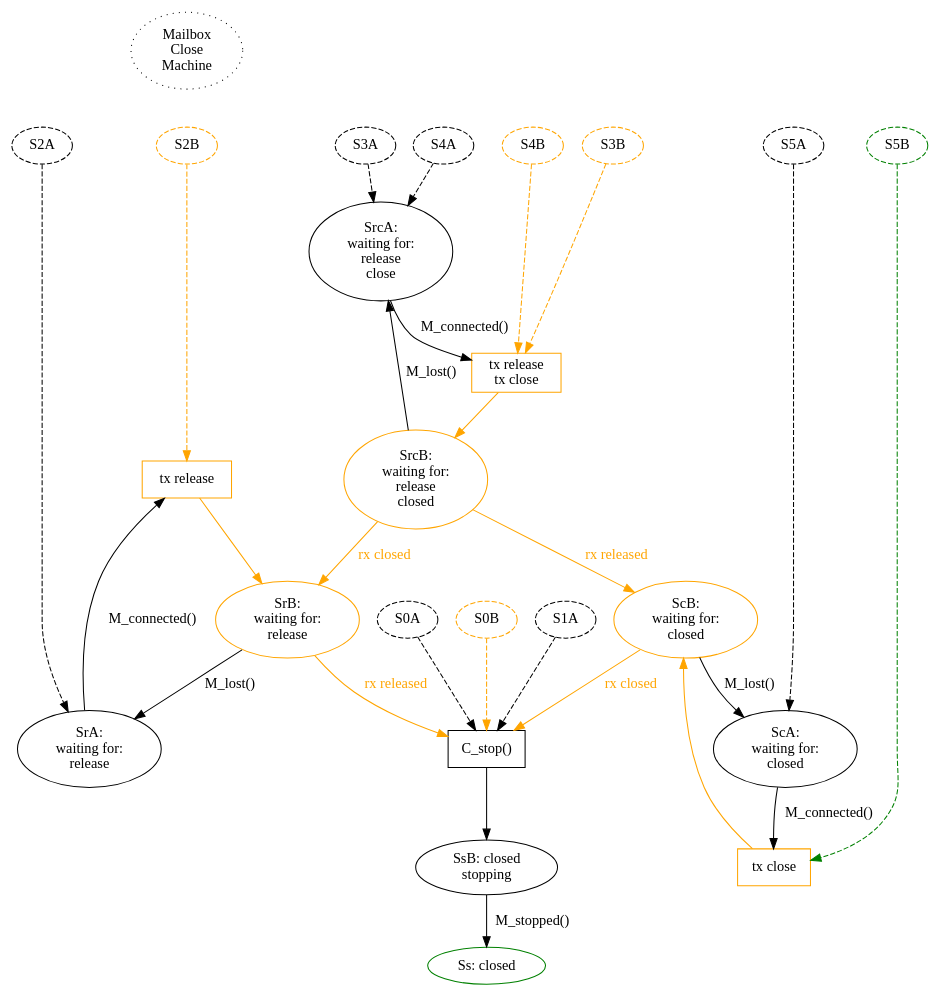
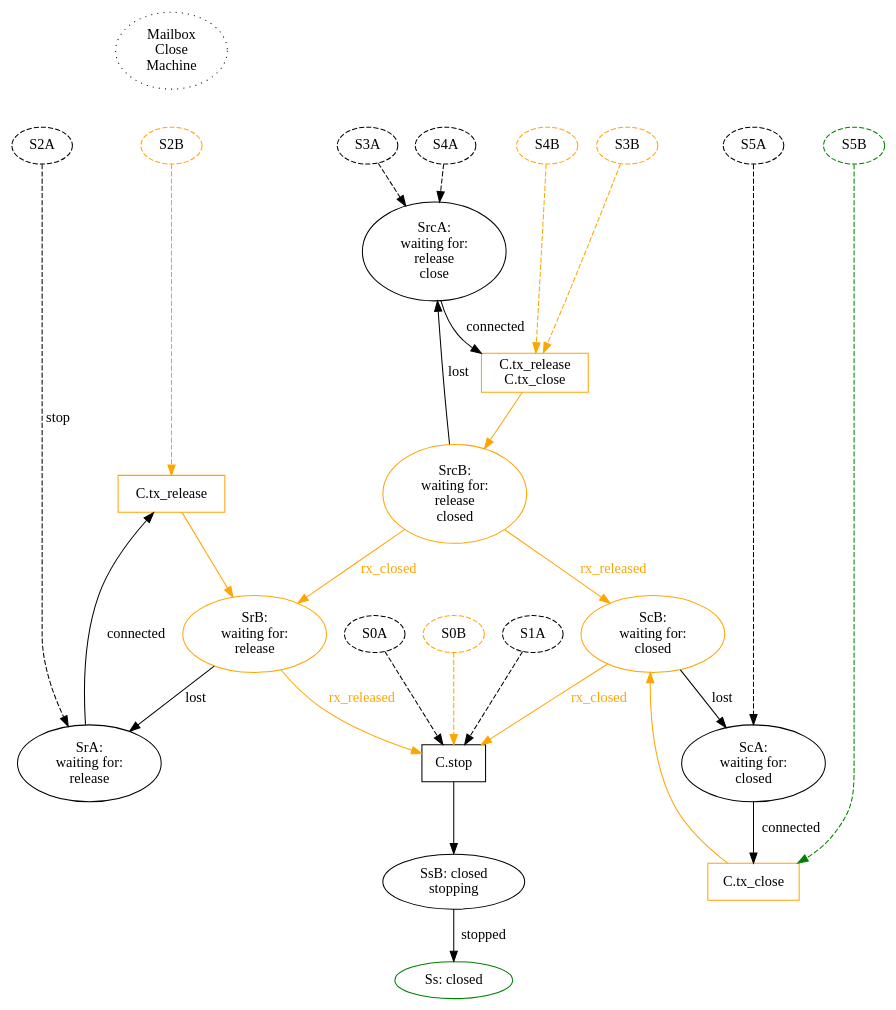
One commit to magic-wormhole/magic-wormhole changed the diagram in docs/mailbox_close.dot. Above: the diagram before and after it, drawn with Graphviz. The commit also changed 2 other files, not shown here.

Commit message:
make mailbox/mailbox_close/machines consistent
finally get mailbox.png layout good enough

```diff
--- a/docs/mailbox_close.dot
+++ b/docs/mailbox_close.dot
@@ -1,73 +1,73 @@
 digraph {
         /* M_close pathways */
-        MC_title [label="Mailbox\nClose\nMachine" style="dotted"]
-        MC_title -> MC_S2B [style="invis"]
+        title [label="Mailbox\nClose\nMachine" style="dotted"]
+        title -> S2B [style="invis"]
 
         /* All dashed states are from the main Mailbox Machine diagram, and
         all dashed lines indicate M_close() pathways in from those states.
         Within this graph, all M_close() events leave the state unchanged. */
 
-        MC_SrA [label="SrA:\nwaiting for:\nrelease"]
-        MC_SrA -> MC_Pr [label="M_connected()"]
-        MC_Pr [shape="box" label="tx release" color="orange"]
-        MC_Pr -> MC_SrB [color="orange"]
-        MC_SrB [label="SrB:\nwaiting for:\nrelease" color="orange"]
-        MC_SrB -> MC_SrA [label="M_lost()"]
-        MC_SrB -> MC_P_stop [label="rx released" color="orange" fontcolor="orange"]
+        SrA [label="SrA:\nwaiting for:\nrelease"]
+        SrA -> Pr [label="connected"]
+        Pr [shape="box" label="C.tx_release" color="orange"]
+        Pr -> SrB [color="orange"]
+        SrB [label="SrB:\nwaiting for:\nrelease" color="orange"]
+        SrB -> SrA [label="lost"]
+        SrB -> P_stop [label="rx_released" color="orange" fontcolor="orange"]
 
-        MC_ScA [label="ScA:\nwaiting for:\nclosed"]
-        MC_ScA -> MC_Pc [label="M_connected()"]
-        MC_Pc [shape="box" label="tx close" color="orange"]
-        MC_Pc -> MC_ScB [color="orange"]
-        MC_ScB [label="ScB:\nwaiting for:\nclosed" color="orange"]
-        MC_ScB -> MC_ScA [label="M_lost()"]
-        MC_ScB -> MC_P_stop [label="rx closed" color="orange" fontcolor="orange"]
+        ScA [label="ScA:\nwaiting for:\nclosed"]
+        ScA -> Pc [label="connected"]
+        Pc [shape="box" label="C.tx_close" color="orange"]
+        Pc -> ScB [color="orange"]
+        ScB [label="ScB:\nwaiting for:\nclosed" color="orange"]
+        ScB -> ScA [label="lost"]
+        ScB -> P_stop [label="rx_closed" color="orange" fontcolor="orange"]
 
-        MC_SrcA [label="SrcA:\nwaiting for:\nrelease\nclose"]
-        MC_SrcA -> MC_Prc [label="M_connected()"]
-        MC_Prc [shape="box" label="tx release\ntx close" color="orange"]
-        MC_Prc -> MC_SrcB [color="orange"]
-        MC_SrcB [label="SrcB:\nwaiting for:\nrelease\nclosed" color="orange"]
-        MC_SrcB -> MC_SrcA [label="M_lost()"]
-        MC_SrcB -> MC_ScB [label="rx released" color="orange" fontcolor="orange"]
-        MC_SrcB -> MC_SrB [label="rx closed" color="orange" fontcolor="orange"]
+        SrcA [label="SrcA:\nwaiting for:\nrelease\nclose"]
+        SrcA -> Prc [label="connected"]
+        Prc [shape="box" label="C.tx_release\nC.tx_close" color="orange"]
+        Prc -> SrcB [color="orange"]
+        SrcB [label="SrcB:\nwaiting for:\nrelease\nclosed" color="orange"]
+        SrcB -> SrcA [label="lost"]
+        SrcB -> ScB [label="rx_released" color="orange" fontcolor="orange"]
+        SrcB -> SrB [label="rx_closed" color="orange" fontcolor="orange"]
 
 
-        MC_P_stop [shape="box" label="C_stop()"]
-        MC_P_stop -> MC_SsB
+        P_stop [shape="box" label="C.stop"]
+        P_stop -> SsB
 
-        MC_SsB -> MC_Ss [label="M_stopped()"]
-        MC_SsB [label="SsB: closed\nstopping"]
+        SsB -> Ss [label="stopped"]
+        SsB [label="SsB: closed\nstopping"]
 
-        MC_Ss [label="Ss: closed" color="green"]
+        Ss [label="Ss: closed" color="green"]
 
-        MC_S0A [label="S0A" style="dashed"]
-        MC_S0A -> MC_P_stop [style="dashed"]
-        MC_S0B [label="S0B" style="dashed" color="orange"]
-        MC_S0B -> MC_P_stop [style="dashed" color="orange"]
+        S0A [label="S0A" style="dashed"]
+        S0A -> P_stop [style="dashed"]
+        S0B [label="S0B" style="dashed" color="orange"]
+        S0B -> P_stop [style="dashed" color="orange"]
 
-        {rank=same; MC_S2A MC_S2B MC_S3A MC_S3B MC_S4A MC_S4B MC_S5A MC_S5B}
-        MC_S1A [label="S1A" style="dashed"]
-        MC_S1A -> MC_P_stop [style="dashed"]
+        {rank=same; S2A S2B S3A S3B S4A S4B S5A S5B}
+        S1A [label="S1A" style="dashed"]
+        S1A -> P_stop [style="dashed"]
 
-        MC_S2A [label="S2A" style="dashed"]
-        MC_S2A -> MC_SrA [style="dashed"]
-        MC_S2B [label="S2B" color="orange" style="dashed"]
-        MC_S2B -> MC_Pr [color="orange" style="dashed"]
+        S2A [label="S2A" style="dashed"]
+        S2A -> SrA [label="stop" style="dashed"]
+        S2B [label="S2B" color="orange" style="dashed"]
+        S2B -> Pr [color="orange" style="dashed"]
 
-        MC_S3A [label="S3A" style="dashed"]
-        MC_S3B [label="S3B" color="orange" style="dashed"]
-        MC_S3A -> MC_SrcA [style="dashed"]
-        MC_S3B -> MC_Prc [color="orange" style="dashed"]
+        S3A [label="S3A" style="dashed"]
+        S3B [label="S3B" color="orange" style="dashed"]
+        S3A -> SrcA [style="dashed"]
+        S3B -> Prc [color="orange" style="dashed"]
 
-        MC_S4A [label="S4A" style="dashed"]
-        MC_S4B [label="S4B" color="orange" style="dashed"]
-        MC_S4A -> MC_SrcA [style="dashed"]
-        MC_S4B -> MC_Prc [color="orange" style="dashed"]
+        S4A [label="S4A" style="dashed"]
+        S4B [label="S4B" color="orange" style="dashed"]
+        S4A -> SrcA [style="dashed"]
+        S4B -> Prc [color="orange" style="dashed"]
 
-        MC_S5A [label="S5A" style="dashed"]
-        MC_S5B [label="S5B" color="green" style="dashed"]
-        MC_S5A -> MC_ScA [style="dashed"]
-        MC_S5B -> MC_Pc [style="dashed" color="green"]
+        S5A [label="S5A" style="dashed"]
+        S5B [label="S5B" color="green" style="dashed"]
+        S5A -> ScA [style="dashed"]
+        S5B -> Pc [style="dashed" color="green"]
 
 }
```
